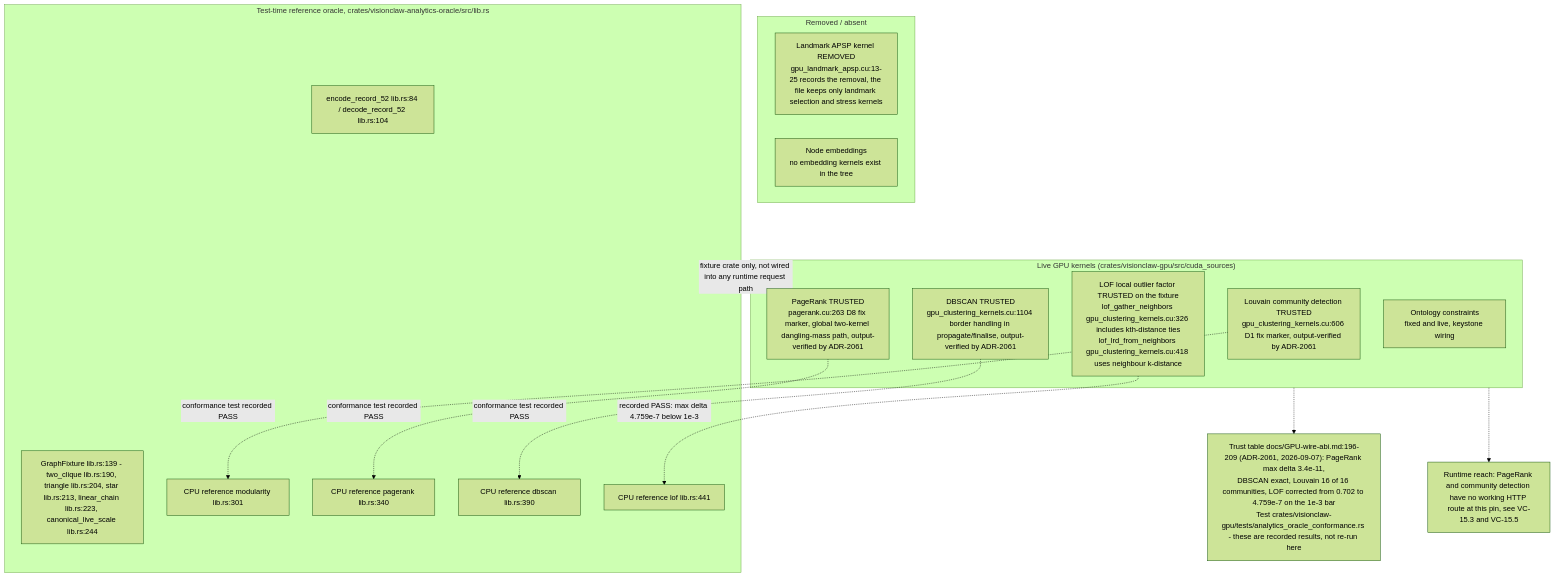
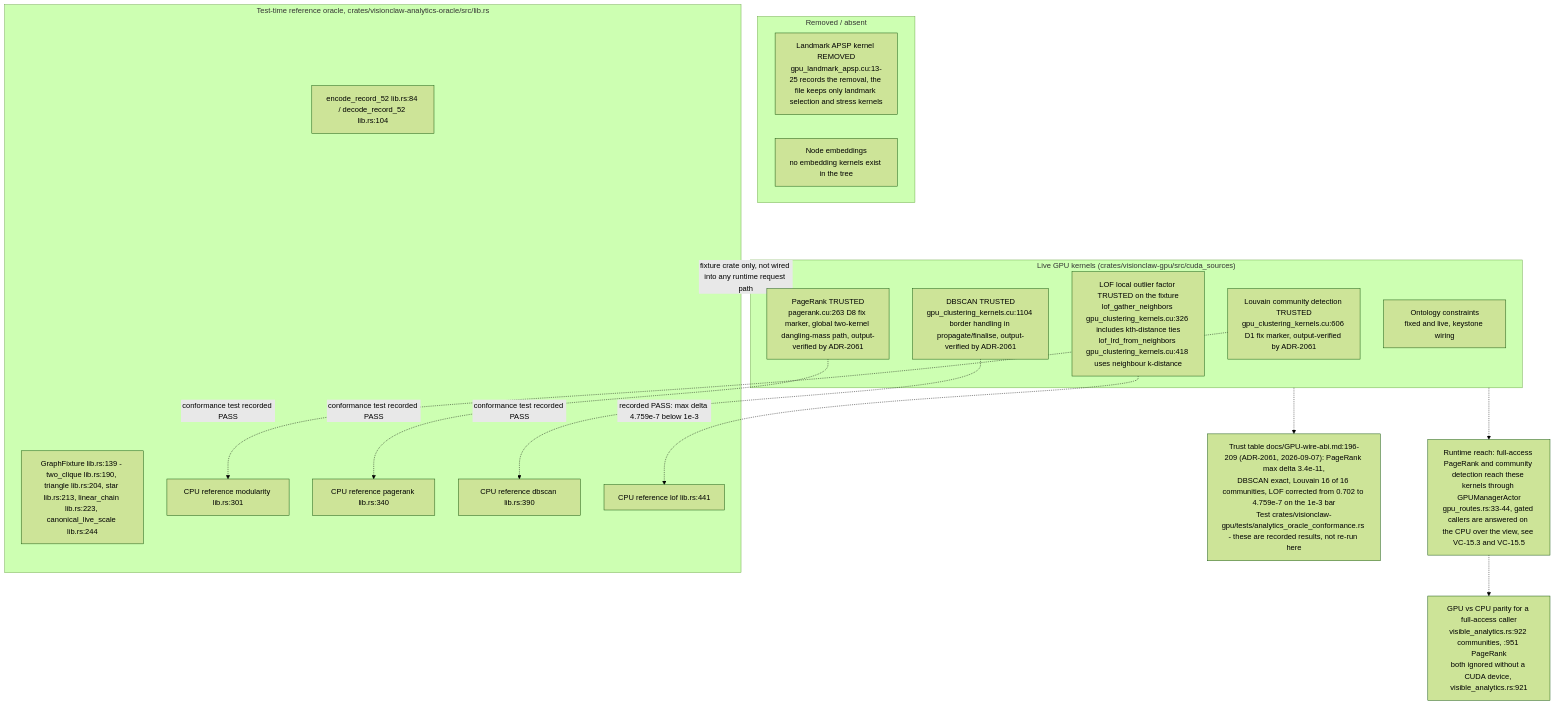
Before and after one commit to DreamLab-AI/VisionFlow: diagram 12 of 12 in docs/diagrams/visionclaw/15-gpu-analytics.md, drawn with Mermaid (forest theme). The commit also changed other lines of this file and 46 other files, not shown here.

Commit message:
docs(diagrams): re-verify VisionClaw topics at 809a859aa/a950f4d80 after the consolidation pass

````diff
--- a/docs/diagrams/visionclaw/15-gpu-analytics.md
+++ b/docs/diagrams/visionclaw/15-gpu-analytics.md
@@ -625,35 +663,37 @@
 ```mermaid
 flowchart TD
     subgraph LIVE["Live GPU kernels (crates/visionclaw-gpu/src/cuda_sources)"]
         LOUV["Louvain community detection TRUSTED<br/>gpu_clustering_kernels.cu:606 D1 fix marker, output-verified by ADR-2061"]
         PR["PageRank TRUSTED<br/>pagerank.cu:263 D8 fix marker, global two-kernel dangling-mass path, output-verified by ADR-2061"]
         DBS["DBSCAN TRUSTED<br/>gpu_clustering_kernels.cu:1104 border handling in propagate/finalise, output-verified by ADR-2061"]
         LOF["LOF local outlier factor TRUSTED on the fixture<br/>lof_gather_neighbors gpu_clustering_kernels.cu:326 includes kth-distance ties<br/>lof_lrd_from_neighbors gpu_clustering_kernels.cu:418 uses neighbour k-distance"]
         ONT["Ontology constraints<br/>fixed and live, keystone wiring"]
     end
 
     subgraph QUARANTINED["Removed / absent"]
         APSP["Landmark APSP kernel REMOVED<br/>gpu_landmark_apsp.cu:13-25 records the removal, the file keeps only landmark selection and stress kernels"]
         EMB["Node embeddings<br/>no embedding kernels exist in the tree"]
     end
 
     subgraph ORACLE["Test-time reference oracle, crates/visionclaw-analytics-oracle/src/lib.rs"]
         ENC["encode_record_52 lib.rs:84 / decode_record_52 lib.rs:104"]
         FIX["GraphFixture lib.rs:139 - two_clique lib.rs:190, triangle lib.rs:204, star lib.rs:213, linear_chain lib.rs:223, canonical_live_scale lib.rs:244"]
         CPUMOD["CPU reference modularity lib.rs:301"]
         CPUPR["CPU reference pagerank lib.rs:340"]
         CPUDB["CPU reference dbscan lib.rs:390"]
         CPULOF["CPU reference lof lib.rs:441"]
     end
 
     LOUV -.->|"conformance test recorded PASS"| CPUMOD
     PR -.->|"conformance test recorded PASS"| CPUPR
     DBS -.->|"conformance test recorded PASS"| CPUDB
     LOF -.->|"recorded PASS: max delta 4.759e-7 below 1e-3"| CPULOF
 
     NOTE["Trust table docs/GPU-wire-abi.md:196-209 (ADR-2061, 2026-09-07): PageRank max delta 3.4e-11,<br/>DBSCAN exact, Louvain 16 of 16 communities, LOF corrected from 0.702 to 4.759e-7 on the 1e-3 bar<br/>Test crates/visionclaw-gpu/tests/analytics_oracle_conformance.rs - these are recorded results, not re-run here"]
     LIVE -.-> NOTE
     ORACLE -.->|"fixture crate only, not wired into any runtime request path"| LIVE
-    TEL["Runtime reach: PageRank and community detection have no working HTTP route at this pin, see VC-15.3 and VC-15.5"]
+    TEL["Runtime reach: full-access PageRank and community detection reach these kernels through GPUManagerActor<br/>gpu_routes.rs:33-44, gated callers are answered on the CPU over the view, see VC-15.3 and VC-15.5"]
     LIVE -.-> TEL
+    PAR["GPU vs CPU parity for a full-access caller<br/>visible_analytics.rs:922 communities, :951 PageRank<br/>both ignored without a CUDA device, visible_analytics.rs:921"]
+    TEL -.-> PAR
 ```
````
